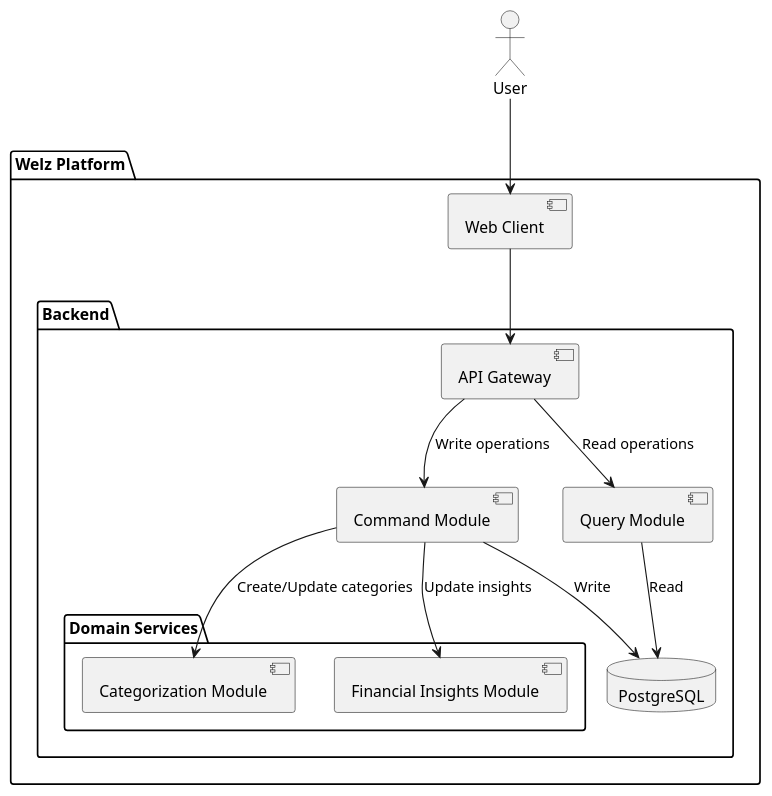
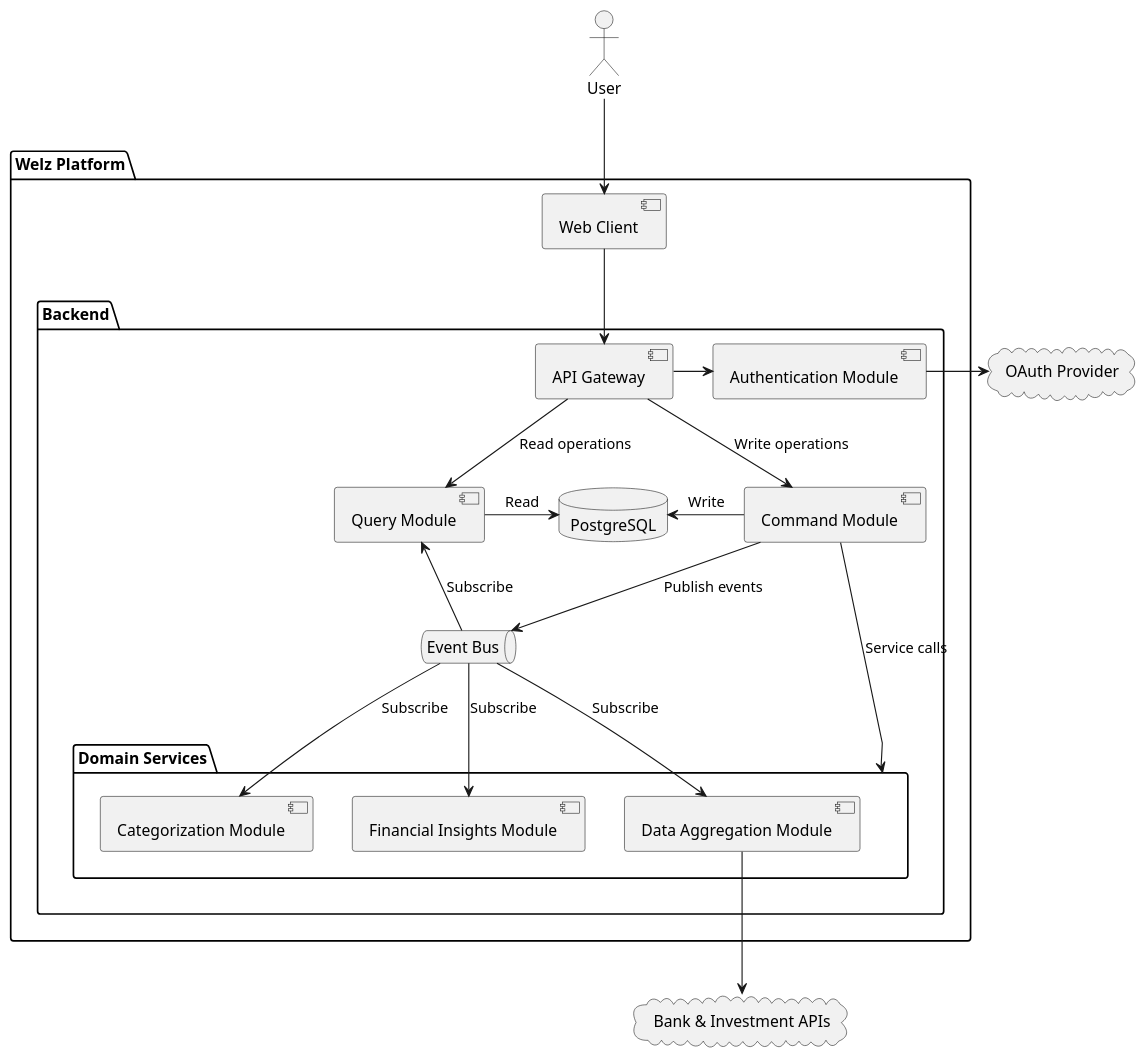
One commit to Osguima3/welz changed the second of 9 diagrams in docs/architecture.md. Above: the diagram before and after it, drawn with PlantUML. The commit also changed other lines of this file and 6 other files, not shown here.

````diff
--- a/docs/architecture.md
+++ b/docs/architecture.md
@@ -303,34 +370,55 @@
 ```plantuml
 @startuml
 actor "User"
 
 package "Welz Platform" {
     [Web Client]
     
     package "Backend" {
         [API Gateway]
         [Command Module]
         [Query Module]
+        [Authentication Module]
 
         package "Domain Services" {
+            [Data Aggregation Module]
             [Categorization Module]
             [Financial Insights Module]
         }
-        
+        queue "Event Bus"
         database "PostgreSQL"
     }
 }
 
+cloud "OAuth Provider"
+cloud "Bank & Investment APIs"
+
+' Client flows
 User --> [Web Client]
 [Web Client] --> [API Gateway]
 
+' Gateway flows
 [API Gateway] --> [Command Module] : "Write operations"
 [API Gateway] --> [Query Module] : "Read operations"
+[API Gateway] -right-> [Authentication Module]
 
-[Command Module] --> [Categorization Module] : "Create/Update categories"
-[Command Module] --> [Financial Insights Module] : "Update insights"
-[Command Module] --> [PostgreSQL] : "Write"
+' Command & Domain Service interactions
+[Command Module] --> [Domain Services] : "Service calls"
+[Command Module] -left-> [PostgreSQL] : "Write"
 
-[Query Module] --> [PostgreSQL] : "Read"
+' Query flows
+[Query Module] -right-> [PostgreSQL] : "Read"
+
+' Event flows
+[Command Module] --> [Event Bus] : "Publish events"
+[Event Bus] -up-> [Query Module] : "Subscribe"
+[Event Bus] --> [Financial Insights Module] : "Subscribe"
+[Event Bus] --> [Data Aggregation Module] : "Subscribe"
+[Event Bus] --> [Categorization Module] : "Subscribe"
+
+' External flows
+[Authentication Module] -right-> [OAuth Provider]
+[Data Aggregation Module] -down-> [Bank & Investment APIs]
+
 @enduml
 ```
````
